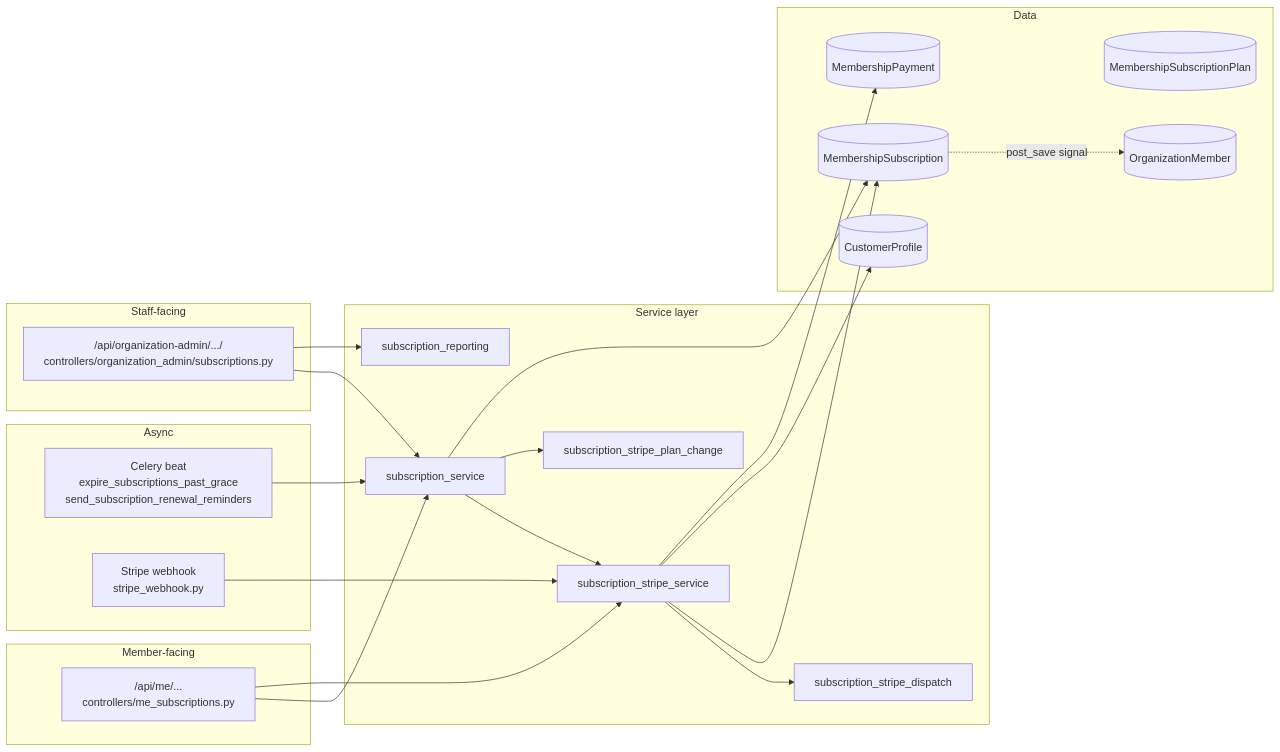
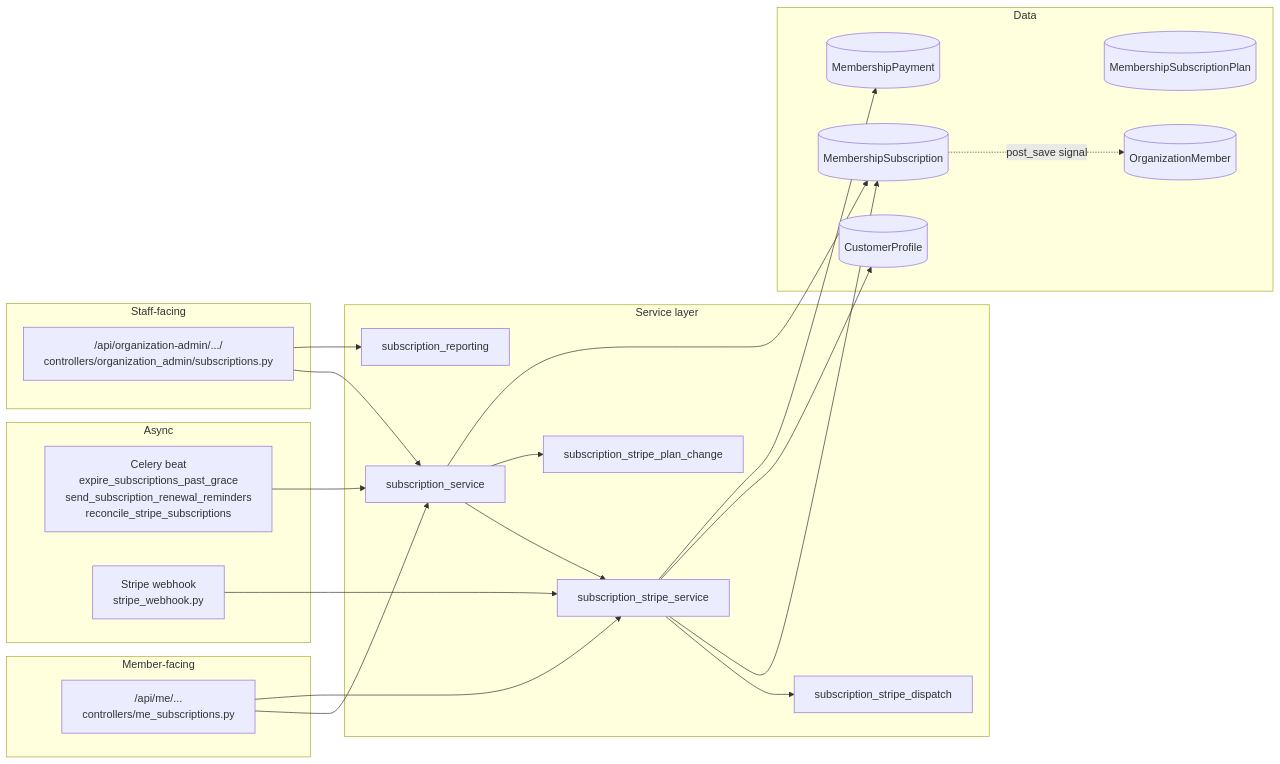
Before and after one commit to letsrevel/revel-backend: the diagram in docs/architecture/membership-subscriptions.md, drawn with Mermaid. The commit also changed other lines of this file and 31 other files, not shown here.

````diff
--- a/docs/architecture/membership-subscriptions.md
+++ b/docs/architecture/membership-subscriptions.md
@@ -18,46 +18,46 @@
 ```mermaid
 flowchart LR
     subgraph Members["Member-facing"]
         MeAPI["/api/me/...<br>controllers/me_subscriptions.py"]
     end
 
     subgraph Staff["Staff-facing"]
         AdminAPI["/api/organization-admin/.../<br>controllers/organization_admin/subscriptions.py"]
     end
 
     subgraph Services["Service layer"]
         Sub[subscription_service]
         Stripe[subscription_stripe_service]
         PlanChange[subscription_stripe_plan_change]
         Dispatch[subscription_stripe_dispatch]
         Report[subscription_reporting]
     end
 
     subgraph Async["Async"]
-        Beat["Celery beat<br>expire_subscriptions_past_grace<br>send_subscription_renewal_reminders"]
+        Beat["Celery beat<br>expire_subscriptions_past_grace<br>send_subscription_renewal_reminders<br>reconcile_stripe_subscriptions"]
         Webhook["Stripe webhook<br>stripe_webhook.py"]
     end
 
     subgraph Data["Data"]
         Plan[(MembershipSubscriptionPlan)]
         SubModel[(MembershipSubscription)]
         Pay[(MembershipPayment)]
         Cust[(CustomerProfile)]
         Member[(OrganizationMember)]
     end
 
     MeAPI --> Sub
     MeAPI --> Stripe
     AdminAPI --> Sub
     AdminAPI --> Report
     Sub --> Stripe
     Sub --> PlanChange
     Stripe --> Dispatch
     Sub --> SubModel
     Stripe --> SubModel
     Stripe --> Cust
     Stripe --> Pay
     Beat --> Sub
     Webhook --> Stripe
     SubModel -.post_save signal.-> Member
 ```
````
